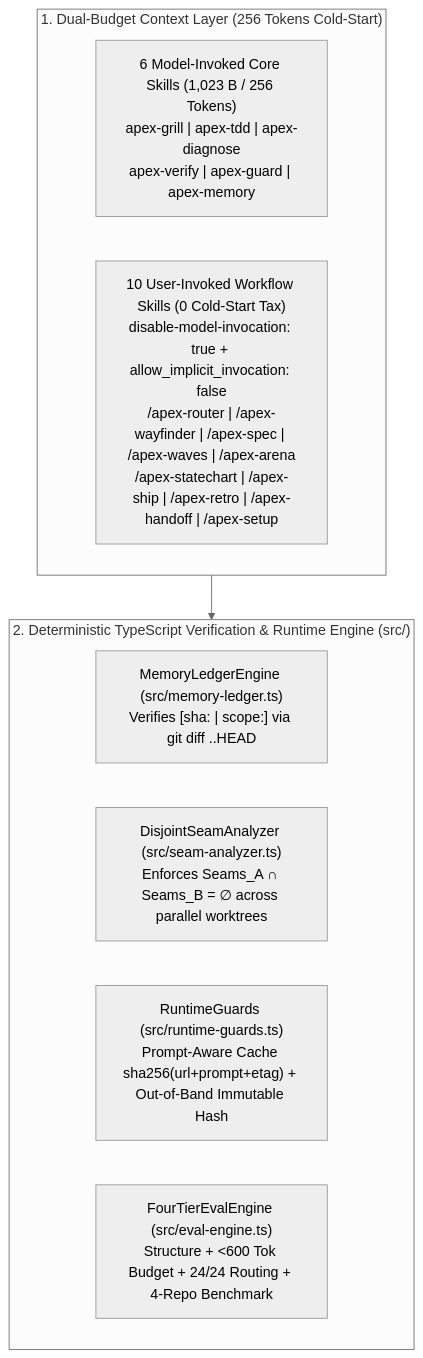
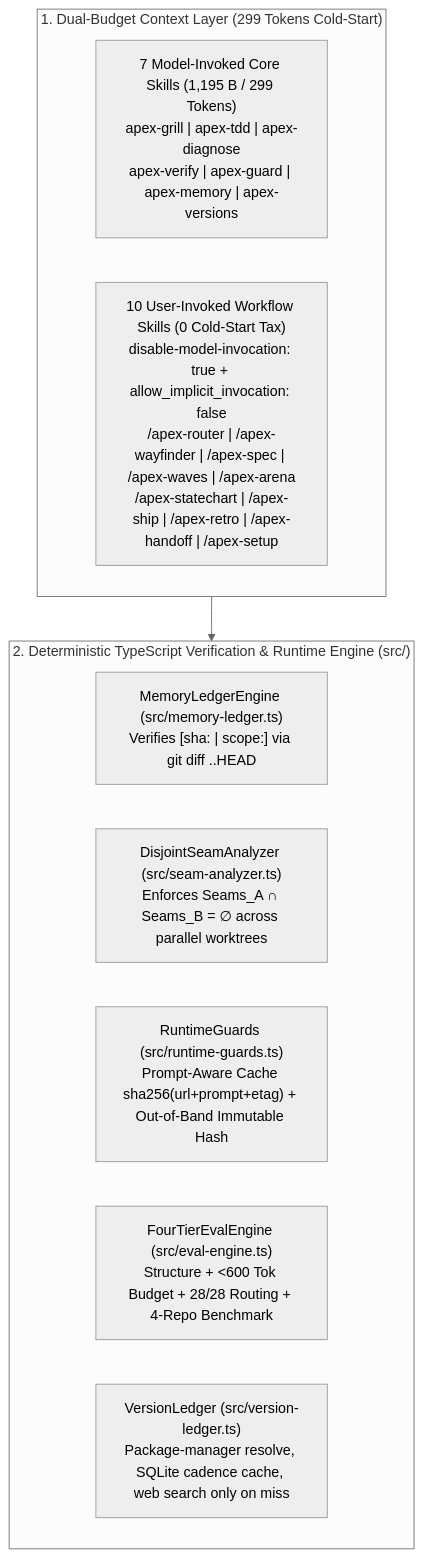
The second of 2 diagrams in README.md (thehenrylabsdev/apex-skills), drawn with Mermaid (neutral theme) before and after one commit. The commit also changed other lines of this file and 28 other files, not shown here.

First line of the commit message:
feat(versions): resolve current LTS or stable releases through a cadence ledger

````diff
--- a/README.md
+++ b/README.md
@@ -68,18 +68,19 @@
 ```mermaid
 flowchart TB
-    subgraph Budget["1. Dual-Budget Context Layer (256 Tokens Cold-Start)"]
+    subgraph Budget["1. Dual-Budget Context Layer (299 Tokens Cold-Start)"]
         direction LR
-        M6["6 Model-Invoked Core Skills (1,023 B / 256 Tokens)<br/>apex-grill | apex-tdd | apex-diagnose<br/>apex-verify | apex-guard | apex-memory"]
+        M6["7 Model-Invoked Core Skills (1,195 B / 299 Tokens)<br/>apex-grill | apex-tdd | apex-diagnose<br/>apex-verify | apex-guard | apex-memory | apex-versions"]
         U10["10 User-Invoked Workflow Skills (0 Cold-Start Tax)<br/>disable-model-invocation: true + allow_implicit_invocation: false<br/>/apex-router | /apex-wayfinder | /apex-spec | /apex-waves | /apex-arena<br/>/apex-statechart | /apex-ship | /apex-retro | /apex-handoff | /apex-setup"]
     end
 
     subgraph Engine["2. Deterministic TypeScript Verification & Runtime Engine (src/)"]
         direction LR
         E1["MemoryLedgerEngine (src/memory-ledger.ts)<br/>Verifies [sha:<commit> | scope:<glob>] via git diff <sha>..HEAD"]
         E2["DisjointSeamAnalyzer (src/seam-analyzer.ts)<br/>Enforces Seams_A ∩ Seams_B = ∅ across parallel worktrees"]
         E3["RuntimeGuards (src/runtime-guards.ts)<br/>Prompt-Aware Cache sha256(url+prompt+etag) + Out-of-Band Immutable Hash"]
-        E4["FourTierEvalEngine (src/eval-engine.ts)<br/>Structure + <600 Tok Budget + 24/24 Routing + 4-Repo Benchmark"]
+        E4["FourTierEvalEngine (src/eval-engine.ts)<br/>Structure + <600 Tok Budget + 28/28 Routing + 4-Repo Benchmark"]
+        E5["VersionLedger (src/version-ledger.ts)<br/>Package-manager resolve, SQLite cadence cache, web search only on miss"]
     end
 
     Budget --> Engine
 ```
````
